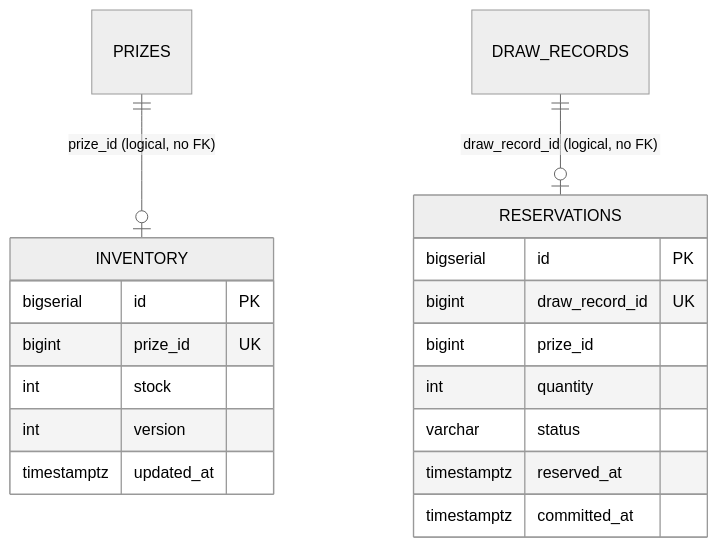
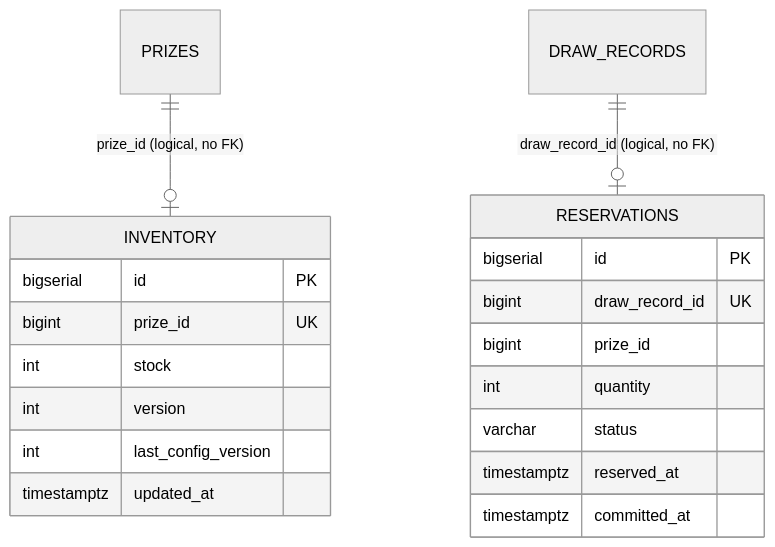
One commit to jjyung/lucky-draw-system changed the diagram in docs/db/inventory-db.md. Above: the diagram before and after it, drawn with Mermaid (neutral theme). The commit also changed other lines of this file and 3 other files, not shown here.

Commit message:
docs(specs,db): reflect ADR-010 in inventory/campaign semantics and DB schema

````diff
--- a/docs/db/inventory-db.md
+++ b/docs/db/inventory-db.md
@@ -191,22 +215,23 @@
 ```mermaid
 erDiagram
     PRIZES ||--o| INVENTORY : "prize_id (logical, no FK)"
     DRAW_RECORDS ||--o| RESERVATIONS : "draw_record_id (logical, no FK)"
 
     INVENTORY {
         bigserial id PK
         bigint prize_id UK
         int stock
         int version
+        int last_config_version
         timestamptz updated_at
     }
     RESERVATIONS {
         bigserial id PK
         bigint draw_record_id UK
         bigint prize_id
         int quantity
         varchar status
         timestamptz reserved_at
         timestamptz committed_at
     }
 ```
````
